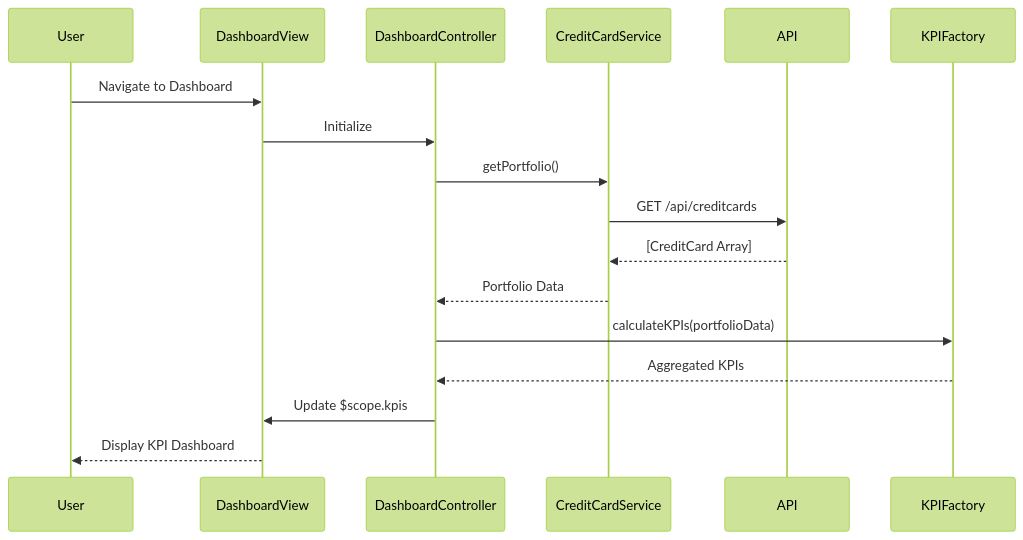
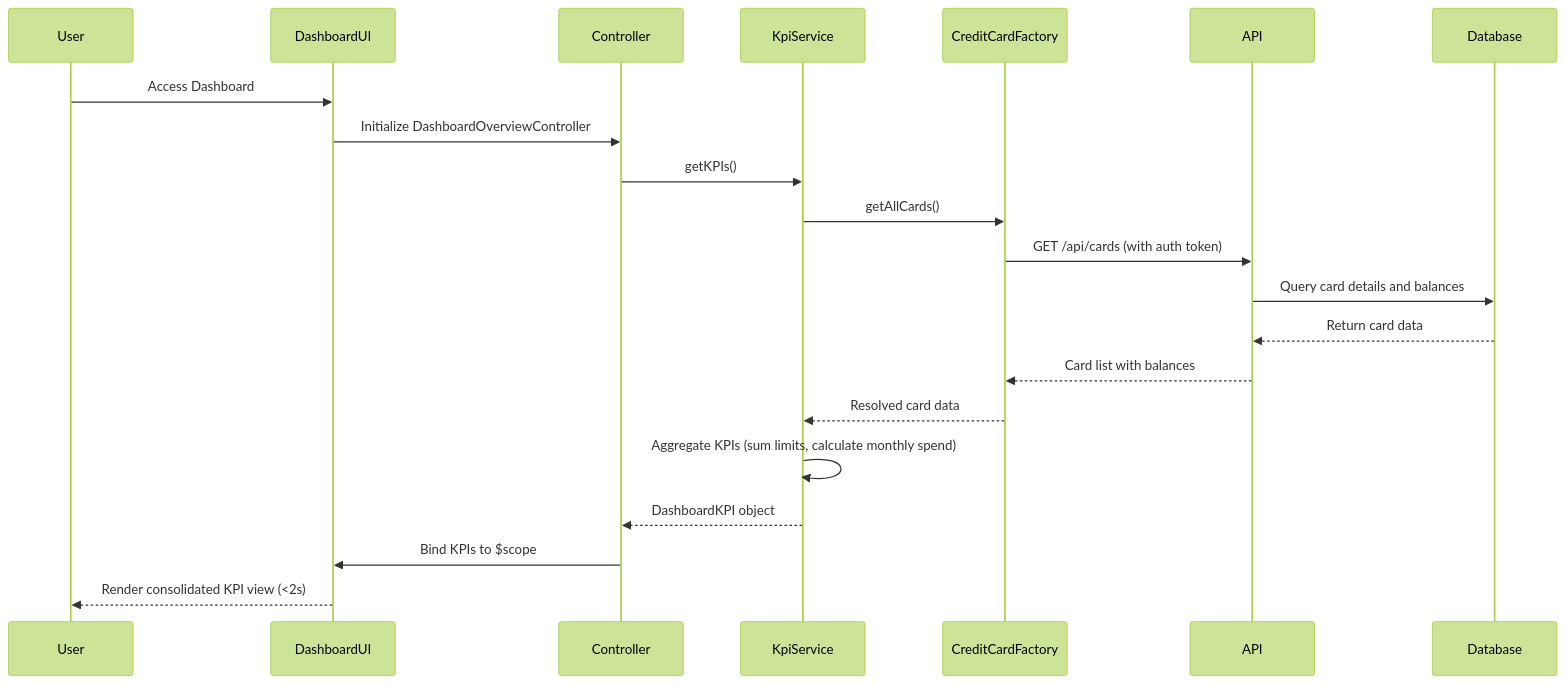
The diagram in LLD/QE-8579_LLD.md (AAVA-Demo/APB_Demo), drawn with Mermaid (forest theme) before and after one commit. The commit also changed other lines of this file and 5 other files, not shown here.

````diff
--- a/LLD/QE-8579_LLD.md
+++ b/LLD/QE-8579_LLD.md
@@ -84,20 +73,24 @@
 ```mermaid
 sequenceDiagram
     participant User
-    participant DashboardView
-    participant DashboardController
-    participant CreditCardService
+    participant DashboardUI
+    participant Controller
+    participant KpiService
+    participant CreditCardFactory
     participant API
-    participant KPIFactory
+    participant Database
 
-    User->>DashboardView: Navigate to Dashboard
-    DashboardView->>DashboardController: Initialize
-    DashboardController->>CreditCardService: getPortfolio()
-    CreditCardService->>API: GET /api/creditcards
-    API-->>CreditCardService: [CreditCard Array]
-    CreditCardService-->>DashboardController: Portfolio Data
-    DashboardController->>KPIFactory: calculateKPIs(portfolioData)
-    KPIFactory-->>DashboardController: Aggregated KPIs
-    DashboardController->>DashboardView: Update $scope.kpis
-    DashboardView-->>User: Display KPI Dashboard
+    User->>DashboardUI: Access Dashboard
+    DashboardUI->>Controller: Initialize DashboardOverviewController
+    Controller->>KpiService: getKPIs()
+    KpiService->>CreditCardFactory: getAllCards()
+    CreditCardFactory->>API: GET /api/cards (with auth token)
+    API->>Database: Query card details and balances
+    Database-->>API: Return card data
+    API-->>CreditCardFactory: Card list with balances
+    CreditCardFactory-->>KpiService: Resolved card data
+    KpiService->>KpiService: Aggregate KPIs (sum limits, calculate monthly spend)
+    KpiService-->>Controller: DashboardKPI object
+    Controller->>DashboardUI: Bind KPIs to $scope
+    DashboardUI-->>User: Render consolidated KPI view (<2s)
 ```
````
